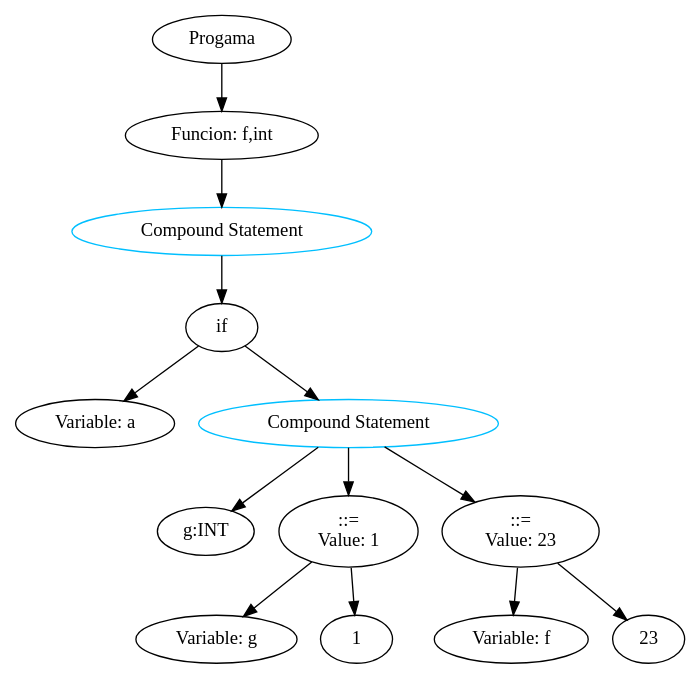
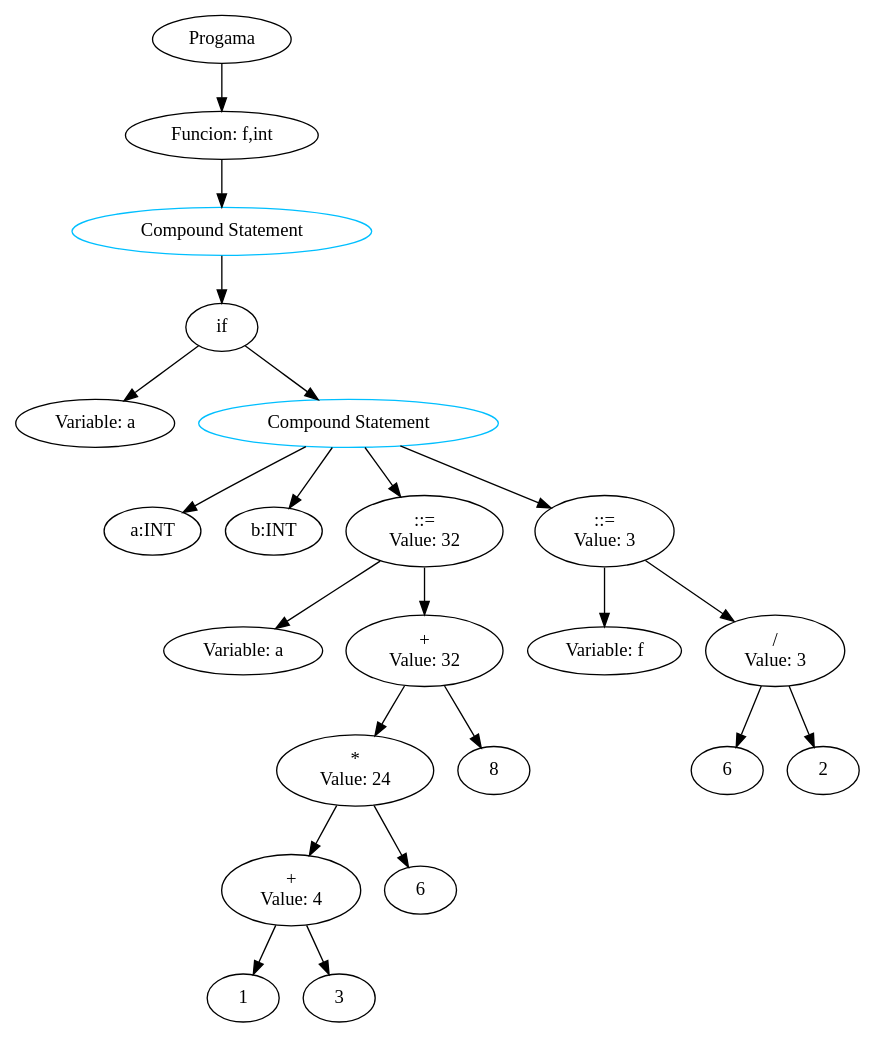
The diagram in Compilador/cod_1.dot (ComoSiempre/Compilador_T2), drawn with Graphviz before and after one commit. The commit also changed 16 other files, not shown here.

```diff
--- a/Compilador/cod_1.dot
+++ b/Compilador/cod_1.dot
@@ -1,29 +1,51 @@
 digraph G { 
 "nodo0"[label="Progama"]; 
 "nodo1"[label="Funcion: f,int"]; 
 "nodo0"->"nodo1"; 
 "nodo2"[label="Compound Statement", color=deepskyblue]; 
 "nodo1"->"nodo2"; 
 "nodo3"[label="if"]; 
 "nodo2"->"nodo3"; 
 "nodo4"[label="Variable: a"]; 
 "nodo3"->"nodo4"; 
 "nodo5"[label="Compound Statement", color=deepskyblue]; 
 "nodo3"->"nodo5"; 
-"nodo6"[label="g:INT"]; 
+"nodo6"[label="a:INT"]; 
 "nodo5"->"nodo6"; 
-"nodo7"[label="::=
-Value: 1"]; 
+"nodo7"[label="b:INT"]; 
 "nodo5"->"nodo7"; 
-"nodo8"[label="Variable: g"]; 
-"nodo7"->"nodo8"; 
-"nodo9"[label="1"]; 
-"nodo7"->"nodo9"; 
-"nodo10"[label="::=
-Value: 23"]; 
-"nodo5"->"nodo10"; 
-"nodo11"[label="Variable: f"]; 
+"nodo8"[label="::=
+Value: 32"]; 
+"nodo5"->"nodo8"; 
+"nodo9"[label="Variable: a"]; 
+"nodo8"->"nodo9"; 
+"nodo10"[label="+
+Value: 32"]; 
+"nodo8"->"nodo10"; 
+"nodo11"[label="*
+Value: 24"]; 
 "nodo10"->"nodo11"; 
-"nodo12"[label="23"]; 
-"nodo10"->"nodo12"; 
+"nodo12"[label="+
+Value: 4"]; 
+"nodo11"->"nodo12"; 
+"nodo13"[label="1"]; 
+"nodo12"->"nodo13"; 
+"nodo14"[label="3"]; 
+"nodo12"->"nodo14"; 
+"nodo15"[label="6"]; 
+"nodo11"->"nodo15"; 
+"nodo16"[label="8"]; 
+"nodo10"->"nodo16"; 
+"nodo17"[label="::=
+Value: 3"]; 
+"nodo5"->"nodo17"; 
+"nodo18"[label="Variable: f"]; 
+"nodo17"->"nodo18"; 
+"nodo19"[label="/
+Value: 3"]; 
+"nodo17"->"nodo19"; 
+"nodo20"[label="6"]; 
+"nodo19"->"nodo20"; 
+"nodo21"[label="2"]; 
+"nodo19"->"nodo21"; 
 }
```
